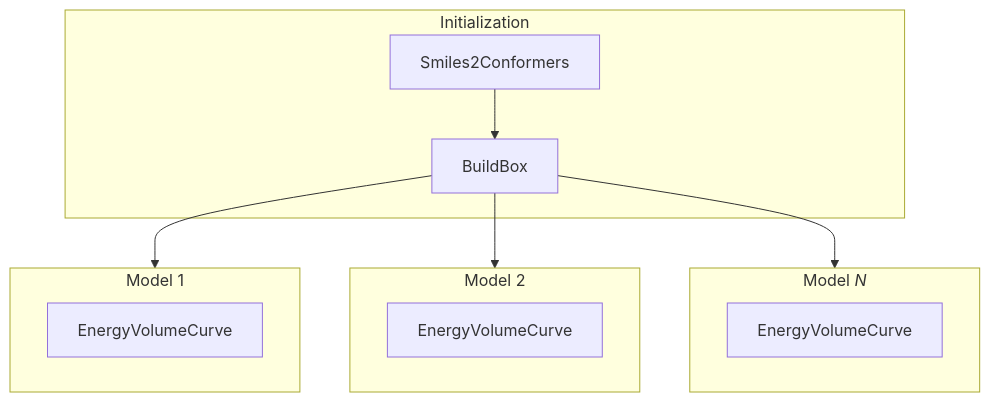
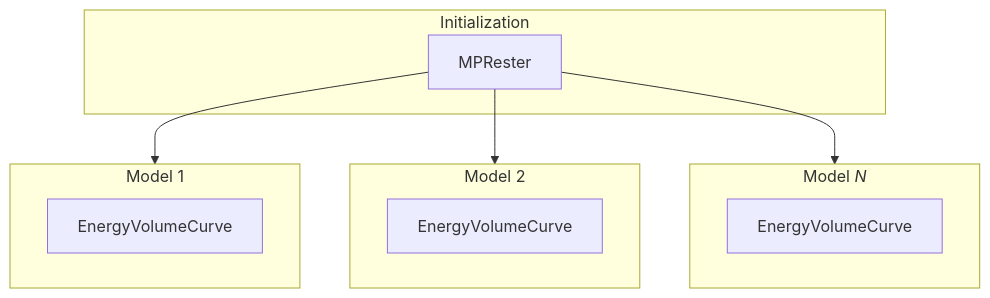
Before and after one commit to joehart2001/mlipx: the diagram in docs/source/recipes/energy_volume.rst, drawn with Mermaid. The commit also changed other lines of this file and 409 other files, not shown here.

```diff
--- a/docs/source/recipes/energy_volume.rst
+++ b/docs/source/recipes/energy_volume.rst
@@ -14,22 +12,22 @@
 .. mermaid::
    :align: center
 
    graph TD
 
       subgraph Initialization
-         Smiles2Conformers --> BuildBox
+         MPRester
       end
 
-      BuildBox --> mg1
-      BuildBox --> mg2
-      BuildBox --> mgn
+      MPRester --> mg1
+      MPRester --> mg2
+      MPRester --> mgn
 
       subgraph mg1["Model 1"]
          m1["EnergyVolumeCurve"]
       end
       subgraph mg2["Model 2"]
          m2["EnergyVolumeCurve"]
       end
       subgraph mgn["Model <i>N</i>"]
          m3["EnergyVolumeCurve"]
       end
```
